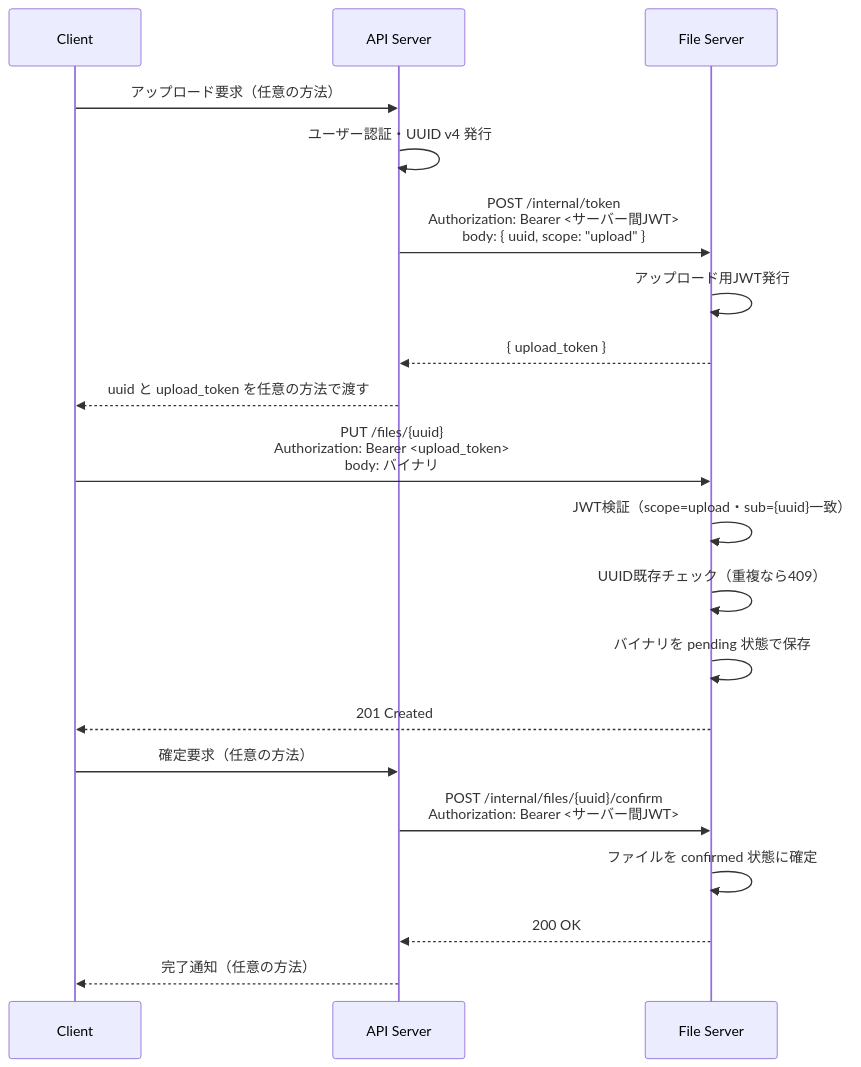
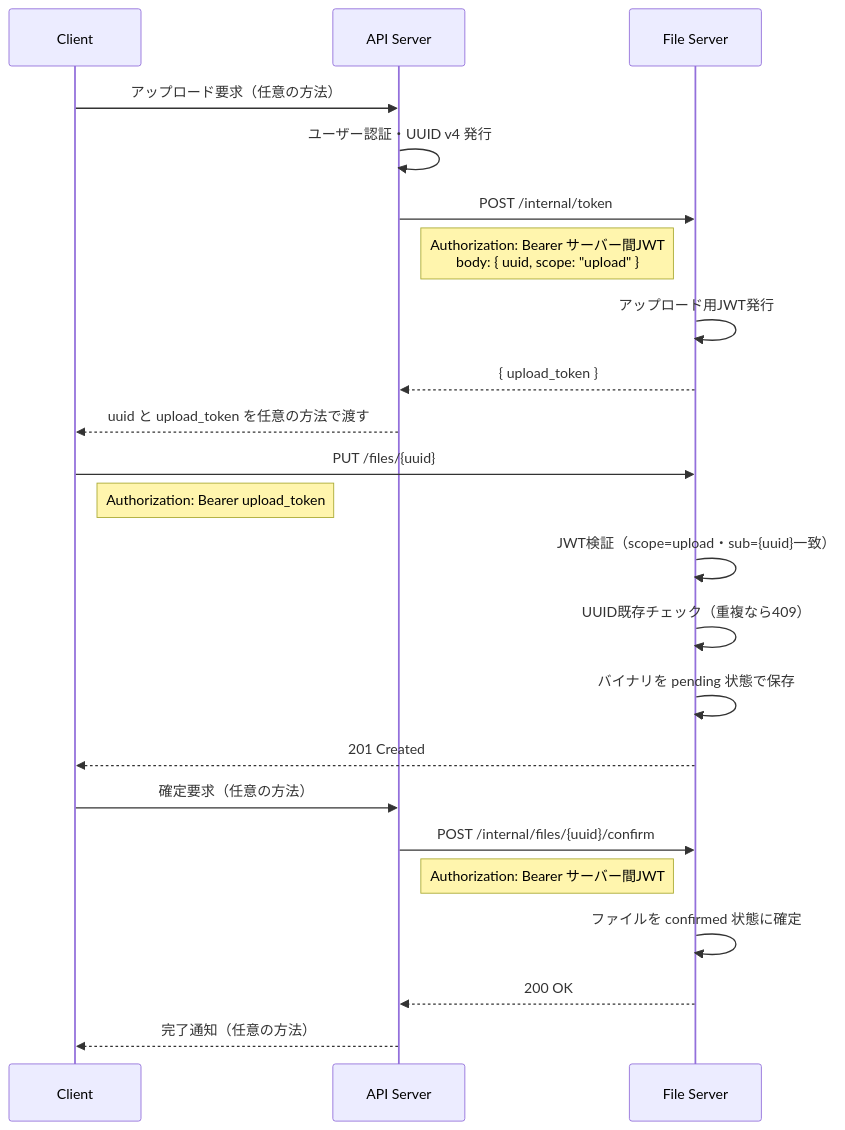
One commit to kigawa01/kaft changed the second of 5 diagrams in docs/spec.md. Above: the diagram before and after it, drawn with Mermaid. The commit also changed other lines of this file, not shown here.

Commit message:
plan: GETパスを/{uuid}/{filename}に変更・Mermaid構文エラーを修正 refs #2

````diff
--- a/docs/spec.md
+++ b/docs/spec.md
@@ -116,25 +116,28 @@
 ```mermaid
 sequenceDiagram
     participant C as Client
     participant A as API Server
     participant F as File Server
 
     C->>A: アップロード要求（任意の方法）
     A->>A: ユーザー認証・UUID v4 発行
-    A->>F: POST /internal/token<br/>Authorization: Bearer <サーバー間JWT><br/>body: { uuid, scope: "upload" }
+    A->>F: POST /internal/token
+    Note right of A: Authorization: Bearer サーバー間JWT<br/>body: { uuid, scope: "upload" }
     F->>F: アップロード用JWT発行
     F-->>A: { upload_token }
     A-->>C: uuid と upload_token を任意の方法で渡す
 
-    C->>F: PUT /files/{uuid}<br/>Authorization: Bearer <upload_token><br/>body: バイナリ
+    C->>F: PUT /files/{uuid}
+    Note right of C: Authorization: Bearer upload_token
     F->>F: JWT検証（scope=upload・sub={uuid}一致）
     F->>F: UUID既存チェック（重複なら409）
     F->>F: バイナリを pending 状態で保存
     F-->>C: 201 Created
 
     C->>A: 確定要求（任意の方法）
-    A->>F: POST /internal/files/{uuid}/confirm<br/>Authorization: Bearer <サーバー間JWT>
+    A->>F: POST /internal/files/{uuid}/confirm
+    Note right of A: Authorization: Bearer サーバー間JWT
     F->>F: ファイルを confirmed 状態に確定
     F-->>A: 200 OK
     A-->>C: 完了通知（任意の方法）
 ```
````
